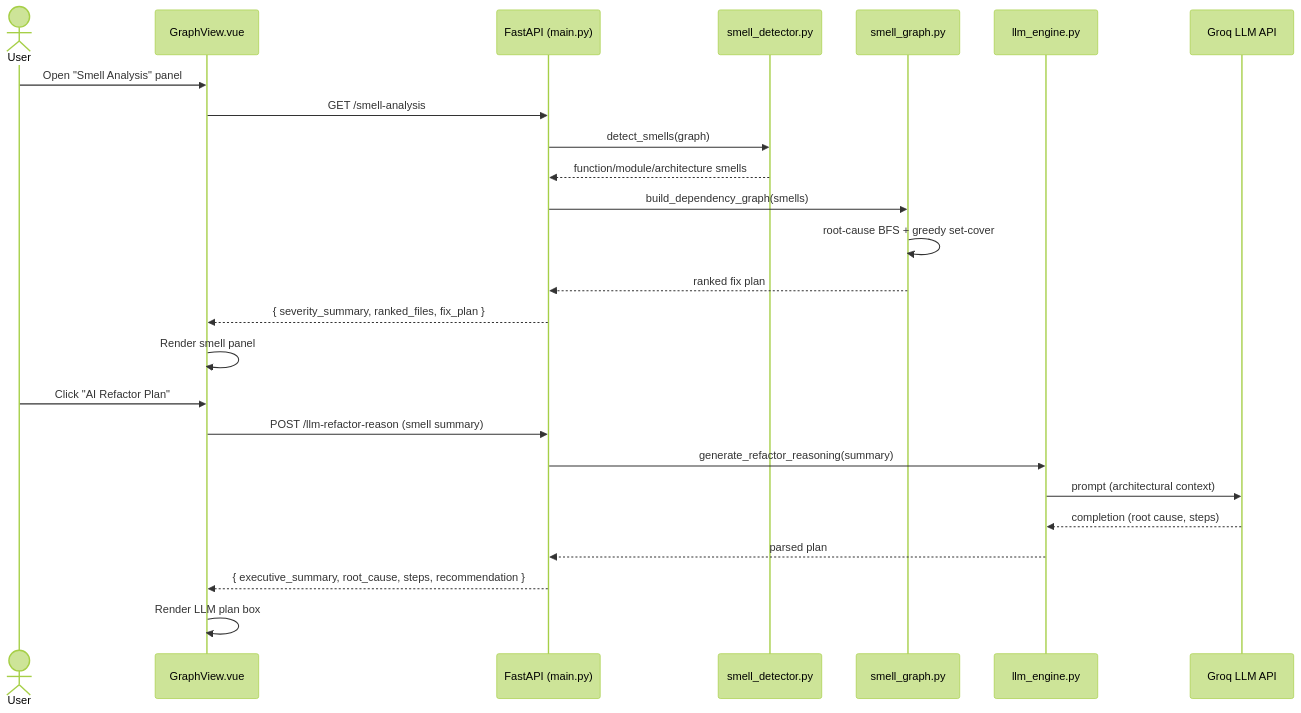
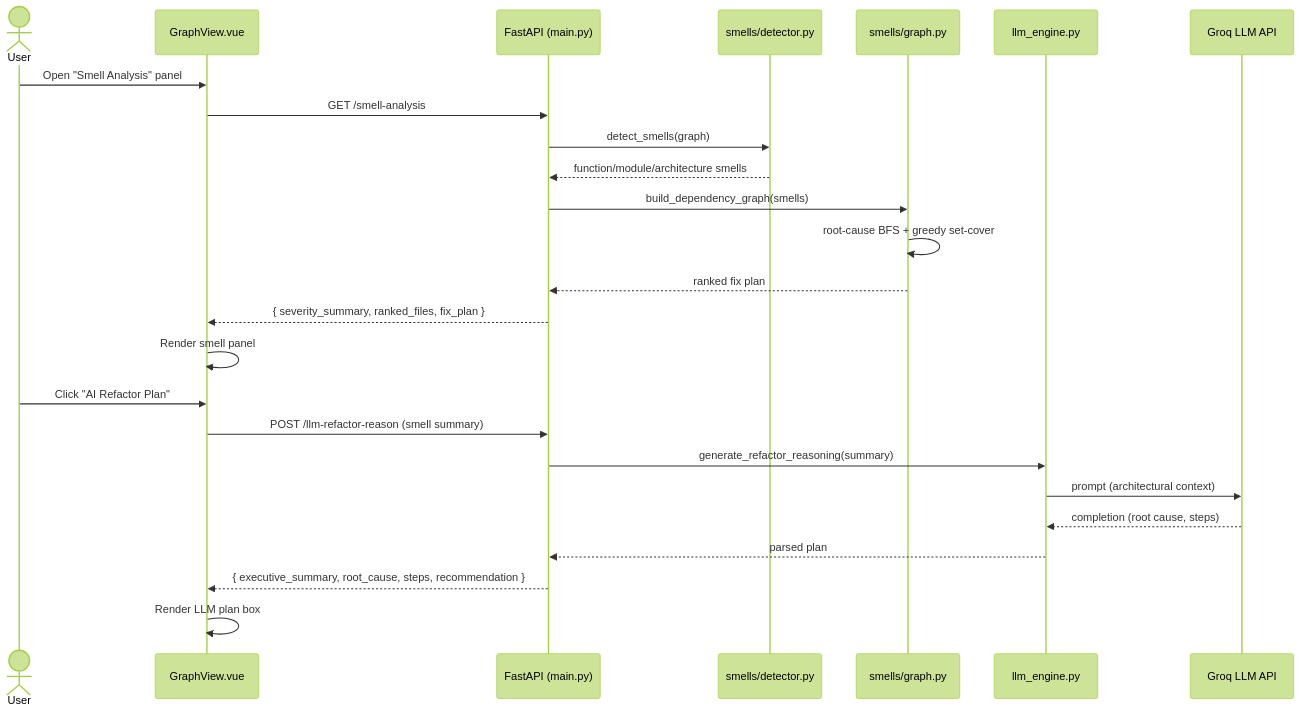
Diagram 12 of 14 in docs/SRS.md (farjanasarker/Code_Base_Visualisation), drawn with Mermaid (forest theme) before and after one commit. The commit also changed other lines of this file and 9 other files, not shown here.

````diff
--- a/docs/SRS.md
+++ b/docs/SRS.md
@@ -763,29 +763,29 @@
 ```mermaid
 sequenceDiagram
     actor U as User
     participant FE as GraphView.vue
     participant API as FastAPI (main.py)
-    participant SD as smell_detector.py
-    participant SG as smell_graph.py
+    participant SD as smells/detector.py
+    participant SG as smells/graph.py
     participant LE as llm_engine.py
     participant GROQ as Groq LLM API
 
     U->>FE: Open "Smell Analysis" panel
     FE->>API: GET /smell-analysis
     API->>SD: detect_smells(graph)
     SD-->>API: function/module/architecture smells
     API->>SG: build_dependency_graph(smells)
     SG->>SG: root-cause BFS + greedy set-cover
     SG-->>API: ranked fix plan
     API-->>FE: { severity_summary, ranked_files, fix_plan }
     FE->>FE: Render smell panel
 
     U->>FE: Click "AI Refactor Plan"
     FE->>API: POST /llm-refactor-reason (smell summary)
     API->>LE: generate_refactor_reasoning(summary)
     LE->>GROQ: prompt (architectural context)
     GROQ-->>LE: completion (root cause, steps)
     LE-->>API: parsed plan
     API-->>FE: { executive_summary, root_cause, steps, recommendation }
     FE->>FE: Render LLM plan box
 ```
````
